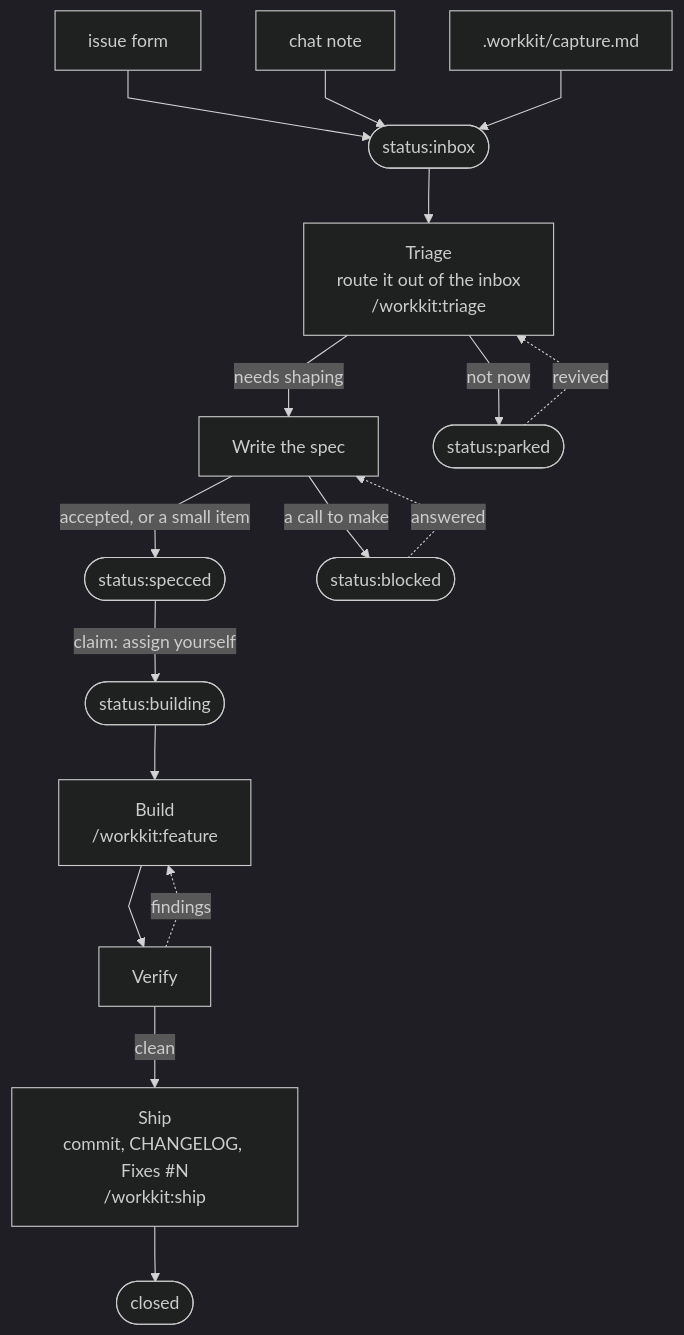
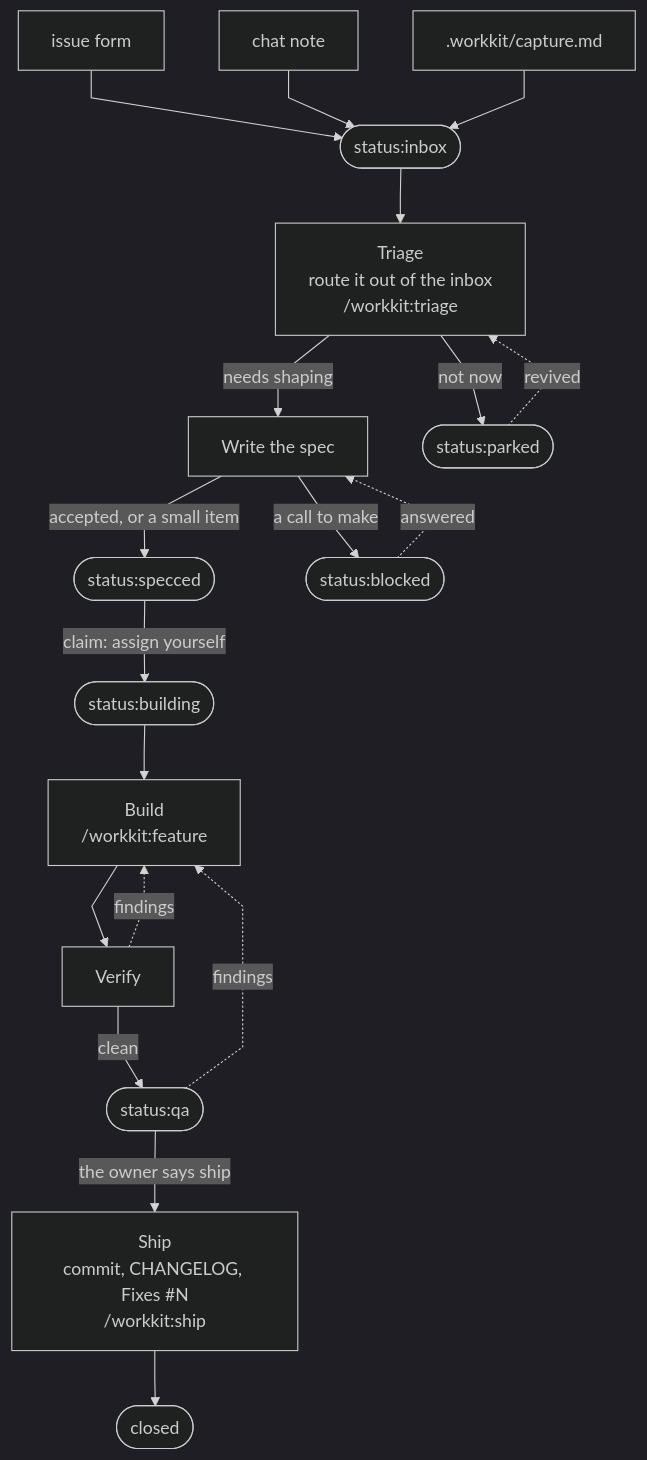
Before and after one commit to itw-creative-works/workkit: the first of 2 diagrams in README.md, drawn with Mermaid (dark theme). The commit also changed other lines of this file and 30 other files, not shown here.

First line of the commit message:
feat(workkit): add the qa stage, owner-word ship, and the label palette

````diff
--- a/README.md
+++ b/README.md
@@ -7,20 +7,22 @@
 ```mermaid
 %%{init: {"flowchart": {"curve": "linear"}}}%%
 flowchart TB
     Form["issue form"] --> Inbox([status:inbox])
     Note["chat note"] --> Inbox
     File[".workkit/capture.md"] --> Inbox
     Inbox --> Triage["Triage<br>route it out of the inbox<br>/workkit:triage"]
     Triage -->|needs shaping| Spec["Write the spec"]
     Triage -->|not now| Parked([status:parked])
     Parked -.->|revived| Triage
     Spec -->|accepted, or a small item| Specced([status:specced])
     Spec -->|a call to make| Blocked([status:blocked])
     Blocked -.->|answered| Spec
     Specced -->|claim: assign yourself| Building([status:building])
     Building --> Build["Build<br>/workkit:feature"]
     Build --> Verify["Verify"]
     Verify -.->|findings| Build
-    Verify -->|clean| Ship["Ship<br>commit, CHANGELOG, Fixes #N<br>/workkit:ship"]
+    Verify -->|clean| QA([status:qa])
+    QA -.->|findings| Build
+    QA -->|the owner says ship| Ship["Ship<br>commit, CHANGELOG, Fixes #N<br>/workkit:ship"]
     Ship --> Closed([closed])
 ```
````
